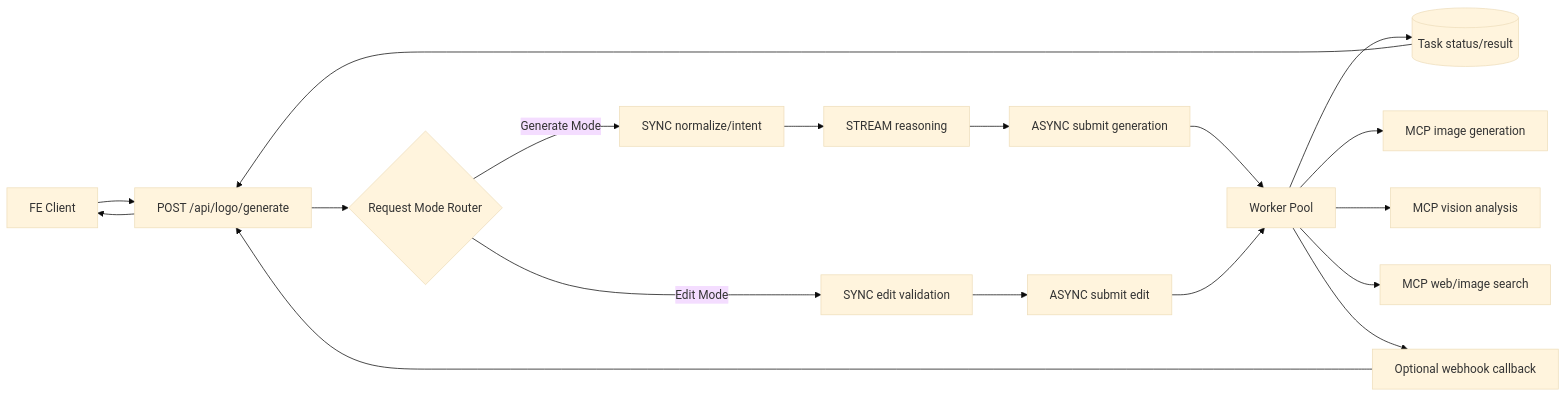
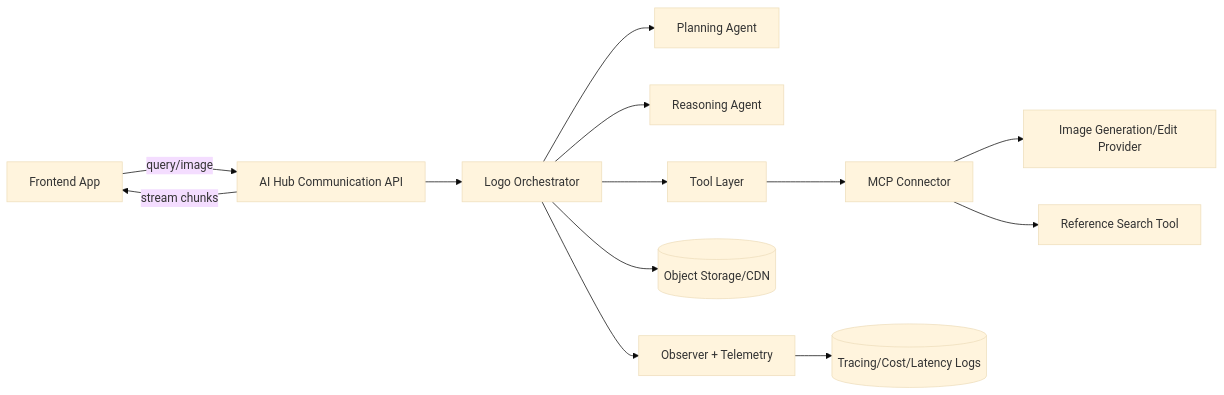
Before and after one commit to Ne4nf/Agent-Memory: the first of 2 diagrams in tech.md, drawn with Mermaid (base theme). The commit also changed other lines of this file, not shown here.

First line of the commit message:
Revise technical design document for logo design POC

````diff
--- a/tech.md
+++ b/tech.md
@@ -69,26 +117,19 @@
 ```mermaid
 flowchart LR
-    FE[FE Client] --> API[POST /api/logo/generate]
-    API --> Router{Request Mode Router}
+    FE[Frontend App] -->|query/image| API[AI Hub Communication API]
+    API --> ORCH[Logo Orchestrator]
 
-    Router -->|Generate Mode| SyncNormalize[SYNC normalize/intent]
-    Router -->|Edit Mode| SyncEditValidate[SYNC edit validation]
+    ORCH --> PLAN[Planning Agent]
+    ORCH --> REASON[Reasoning Agent]
+    ORCH --> TOOL[Tool Layer]
 
-    SyncNormalize --> StreamReasoning[STREAM reasoning]
-    StreamReasoning --> AsyncGenerate[ASYNC submit generation]
+    TOOL --> MCP[MCP Connector]
+    MCP --> IMG[Image Generation/Edit Provider]
+    MCP --> SEARCH[Reference Search Tool]
 
-    SyncEditValidate --> AsyncEdit[ASYNC submit edit]
+    ORCH --> STORE[(Object Storage/CDN)]
+    ORCH --> OBS[Observer + Telemetry]
+    OBS --> LOG[(Tracing/Cost/Latency Logs)]
 
-    AsyncGenerate --> Worker[Worker Pool]
-    AsyncEdit --> Worker
-
-    Worker --> Redis[(Task status/result)]
-    Worker --> MCPGen[MCP image generation]
-    Worker --> MCPVision[MCP vision analysis]
-    Worker --> MCPSearch[MCP web/image search]
-    Worker --> Webhook[Optional webhook callback]
-
-    Redis --> API
-    Webhook --> API
-    API --> FE
+    API -->|stream chunks| FE
 ```
````
